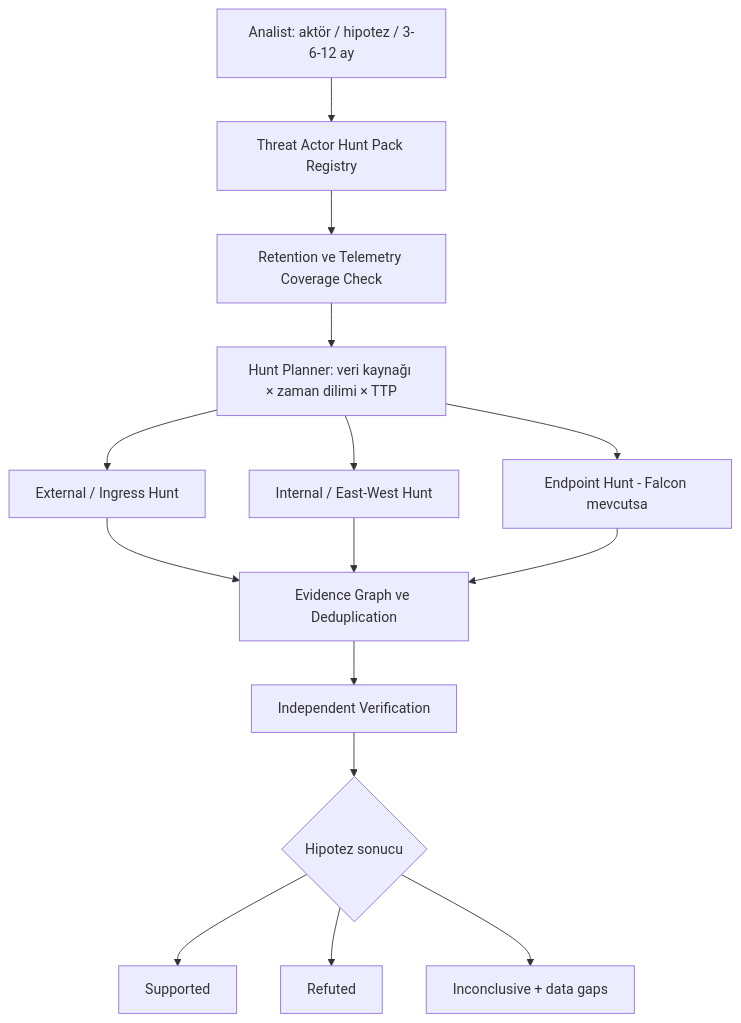
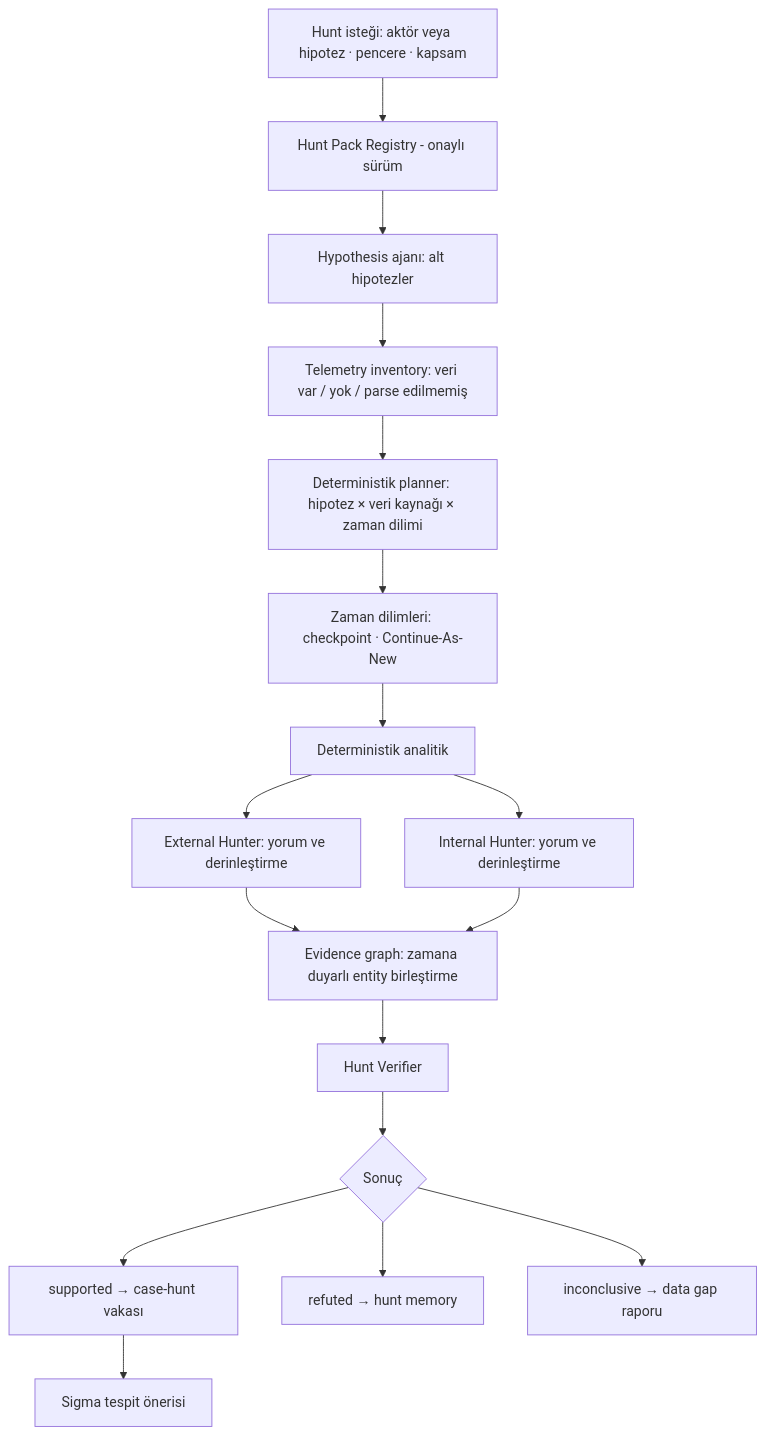
One commit to wiemBe/ais0c changed the sixth of 6 diagrams in docs/architecture.md. Above: the diagram before and after it, drawn with Mermaid. The commit also changed other lines of this file and 43 other files, not shown here.

````diff
--- a/docs/architecture.md
+++ b/docs/architecture.md
@@ -188,28 +710,30 @@
 ```mermaid
 flowchart TB
-    START["Analist: aktör / hipotez / 3-6-12 ay"]
-    PACK["Threat Actor Hunt Pack Registry"]
-    COV["Retention ve Telemetry Coverage Check"]
-    PLAN["Hunt Planner: veri kaynağı × zaman dilimi × TTP"]
-    EXT["External / Ingress Hunt"]
-    INT["Internal / East-West Hunt"]
-    ENDPOINT["Endpoint Hunt - Falcon mevcutsa"]
-    MERGE["Evidence Graph ve Deduplication"]
-    VERIFY["Independent Verification"]
-    RESULT{"Hipotez sonucu"}
-    SUP["Supported"]
-    REF["Refuted"]
-    INC["Inconclusive + data gaps"]
+    START["Hunt isteği: aktör veya hipotez · pencere · kapsam"]
+    PACK["Hunt Pack Registry - onaylı sürüm"]
+    HYP["Hypothesis ajanı: alt hipotezler"]
+    INVT["Telemetry inventory: veri var / yok / parse edilmemiş"]
+    PLAN["Deterministik planner: hipotez × veri kaynağı × zaman dilimi"]
+    SLC["Zaman dilimleri: checkpoint · Continue-As-New"]
+    ANL["Deterministik analitik"]
+    EXH["External Hunter: yorum ve derinleştirme"]
+    INH["Internal Hunter: yorum ve derinleştirme"]
+    MRG["Evidence graph: zamana duyarlı entity birleştirme"]
+    HVR["Hunt Verifier"]
+    RES{"Sonuç"}
+    SUP["supported → case-hunt vakası"]
+    REF["refuted → hunt memory"]
+    INC["inconclusive → data gap raporu"]
+    DETP["Sigma tespit önerisi"]
 
-    START --> PACK --> COV --> PLAN
-    PLAN --> EXT
-    PLAN --> INT
-    PLAN --> ENDPOINT
-    EXT --> MERGE
-    INT --> MERGE
-    ENDPOINT --> MERGE
-    MERGE --> VERIFY --> RESULT
-    RESULT --> SUP
-    RESULT --> REF
-    RESULT --> INC
+    START --> PACK --> HYP --> INVT --> PLAN --> SLC --> ANL
+    ANL --> EXH
+    ANL --> INH
+    EXH --> MRG
+    INH --> MRG
+    MRG --> HVR --> RES
+    RES --> SUP
+    RES --> REF
+    RES --> INC
+    SUP --> DETP
 ```
````
